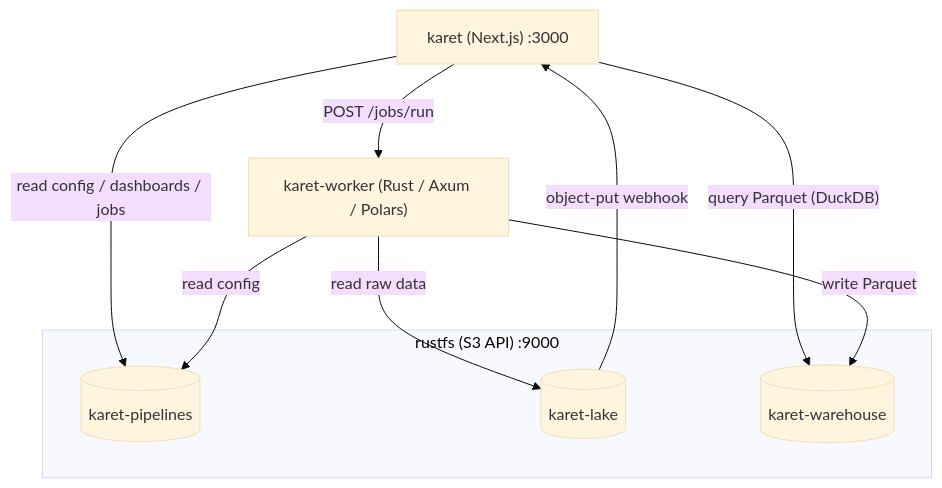
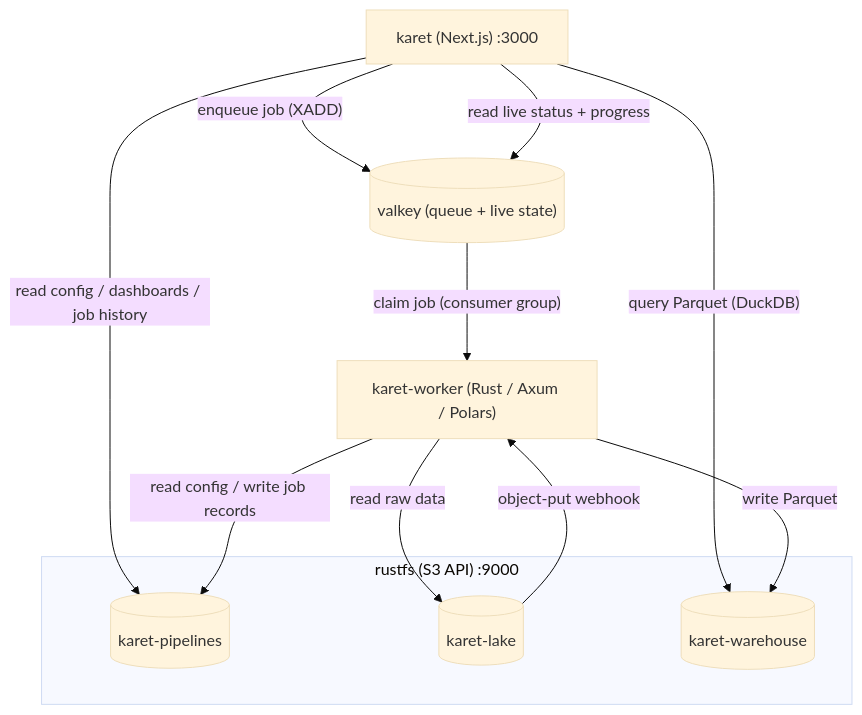
Before and after one commit to karet-org/karet-docs: the diagram in guide/architecture.md, drawn with Mermaid (base theme). The commit also changed other lines of this file and 7 other files, not shown here.

First line of the commit message:
Update docs for the v0.2.0 queue architecture

````diff
--- a/guide/architecture.md
+++ b/guide/architecture.md
@@ -11,25 +13,25 @@
 ```mermaid
 %%{ init: { "flowchart": { "nodeSpacing": 55, "rankSpacing": 70 } } }%%
 flowchart TB
   web["karet (Next.js) :3000"]
+  valkey[("valkey (queue + live state)")]
   worker["karet-worker (Rust / Axum / Polars)"]
 
   subgraph s3["rustfs (S3 API) :9000"]
     pipelines[("karet-pipelines")]
     lake[("karet-lake")]
     warehouse[("karet-warehouse")]
   end
 
-  %% web edges, ordered left -> center -> right
-  web -->|"read config / dashboards / jobs"| pipelines
-  web -->|"POST /jobs/run"| worker
+  web -->|"enqueue job (XADD)"| valkey
+  web -->|"read live status + progress"| valkey
+  web -->|"read config / dashboards / job history"| pipelines
   web -->|"query Parquet (DuckDB)"| warehouse
 
-  %% worker edges, ordered left -> center -> right
-  worker -->|"read config"| pipelines
+  valkey -->|"claim job (consumer group)"| worker
+  worker -->|"read config / write job records"| pipelines
   worker -->|"read raw data"| lake
   worker -->|"write Parquet"| warehouse
 
-  %% webhook back-edge declared last so it routes around the graph
-  lake -->|"object-put webhook"| web
+  lake -->|"object-put webhook"| worker
 ```
````
